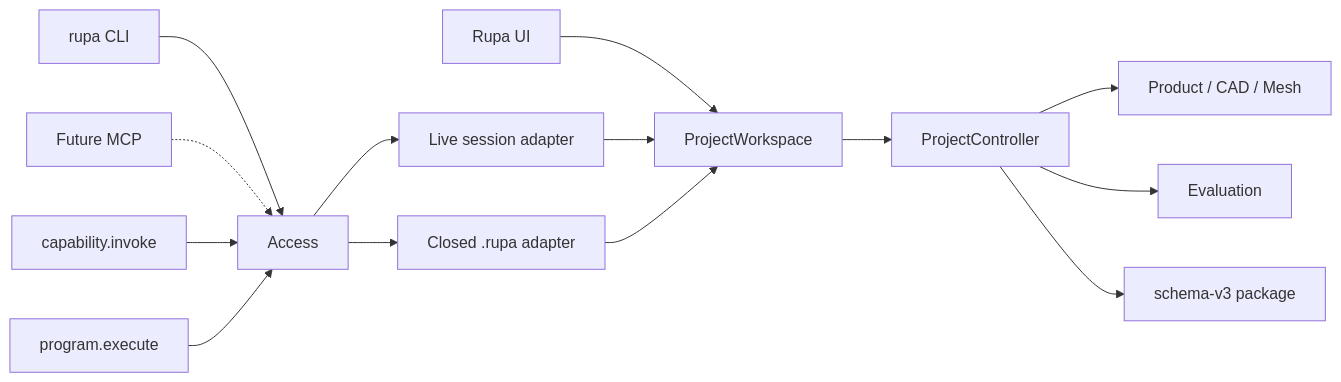
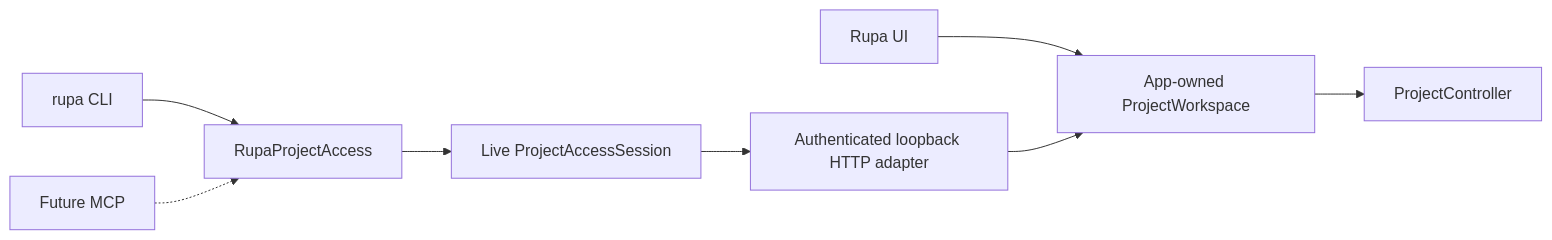
The first of 2 diagrams in RupaKit/Sources/RupaProjectAccess/DESIGN.md (1amageek/Rupa), drawn with Mermaid before and after one commit. The commit also changed other lines of this file and 133 other files, not shown here.

Commit message:
Route external access through the Rupa API

````diff
--- a/RupaKit/Sources/RupaProjectAccess/DESIGN.md
+++ b/RupaKit/Sources/RupaProjectAccess/DESIGN.md
@@ -59,16 +35,10 @@
 ```mermaid
 flowchart LR
-    UI["Rupa UI"] --> Workspace["ProjectWorkspace"]
-    CLI["rupa CLI"] --> Access
-    MCP["Future MCP"] -.-> Access
-    Simple["capability.invoke"] --> Access
-    Complex["program.execute"] --> Access
-    Access --> Live["Live session adapter"]
-    Access --> Closed["Closed .rupa adapter"]
-    Live --> Workspace
-    Closed --> Workspace
+    UI["Rupa UI"] --> Workspace["App-owned ProjectWorkspace"]
+    CLI["rupa CLI"] --> API["RupaProjectAccess"]
+    MCP["Future MCP"] -.-> API
+    API --> Session["Live ProjectAccessSession"]
+    Session --> HTTP["Authenticated loopback HTTP adapter"]
+    HTTP --> Workspace
     Workspace --> Controller["ProjectController"]
-    Controller --> Sources["Product / CAD / Mesh"]
-    Controller --> Evaluation["Evaluation"]
-    Controller --> Package["schema-v3 package"]
 ```
````
